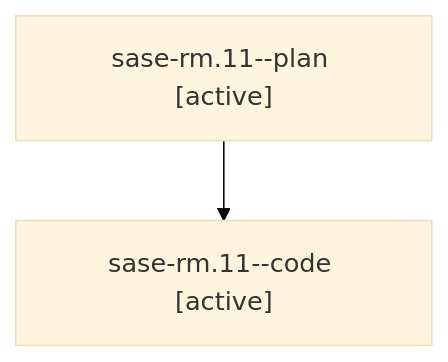
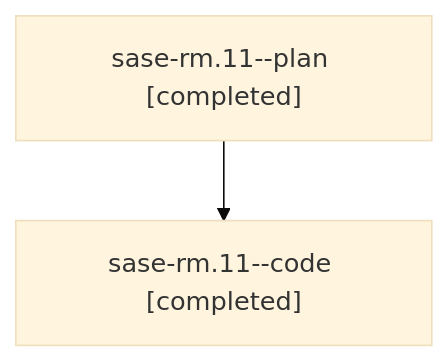
One commit to sase-org/sase--agents changed the diagram in families/bbugyi200.athena.sase-rm.11.md. Above: the diagram before and after it, drawn with Mermaid (base theme). The commit also changed other lines of this file and 118 other files, not shown here.

````diff
--- a/families/bbugyi200.athena.sase-rm.11.md
+++ b/families/bbugyi200.athena.sase-rm.11.md
@@ -9,6 +9,6 @@
 ```mermaid
 flowchart TD
-  n0["sase-rm.11--plan [active]"]
-  n1["sase-rm.11--code [active]"]
+  n0["sase-rm.11--plan [completed]"]
+  n1["sase-rm.11--code [completed]"]
   n0 --> n1
 ```
````
